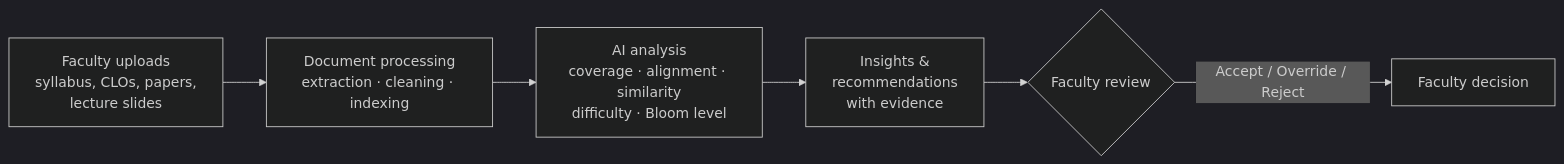
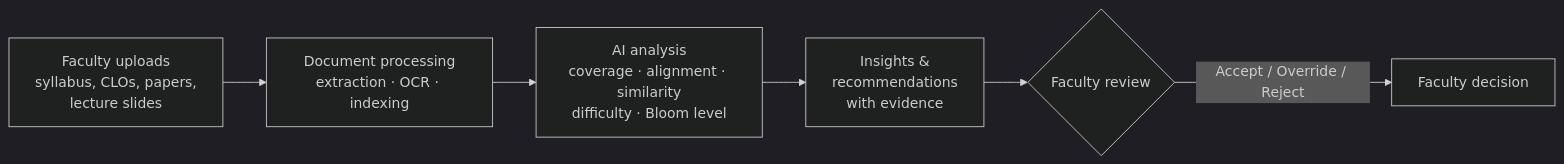
One commit to Sakin542/FacultyLens changed the first of 2 diagrams in README.md. Above: the diagram before and after it, drawn with Mermaid (dark theme). The commit also changed other lines of this file and 41 other files, not shown here.

````diff
--- a/README.md
+++ b/README.md
@@ -164,8 +196,8 @@
 ```mermaid
 flowchart LR
-    A[Faculty uploads<br/>syllabus, CLOs, papers,<br/>lecture slides] --> B[Document processing<br/>extraction · cleaning · indexing]
+    A[Faculty uploads<br/>syllabus, CLOs, papers,<br/>lecture slides] --> B[Document processing<br/>extraction · OCR · indexing]
     B --> C[AI analysis<br/>coverage · alignment · similarity<br/>difficulty · Bloom level]
     C --> D[Insights &<br/>recommendations<br/>with evidence]
     D --> E{Faculty review}
     E -->|Accept / Override / Reject| F[Faculty decision]
 ```
````
